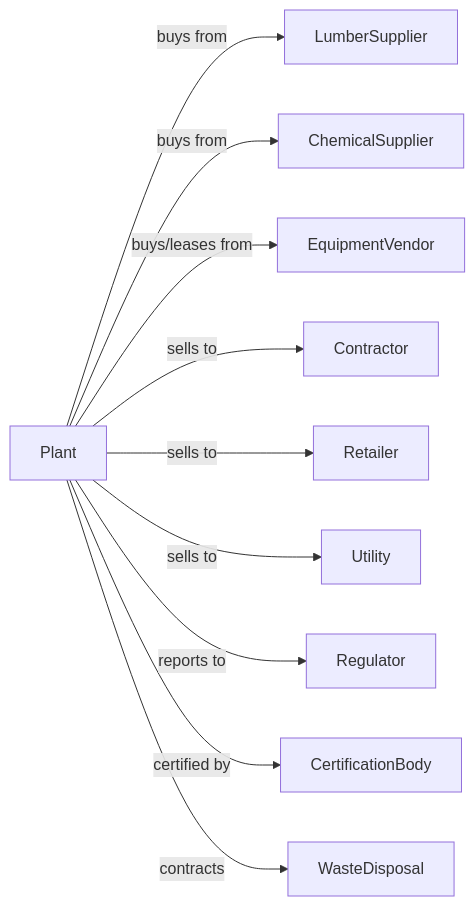
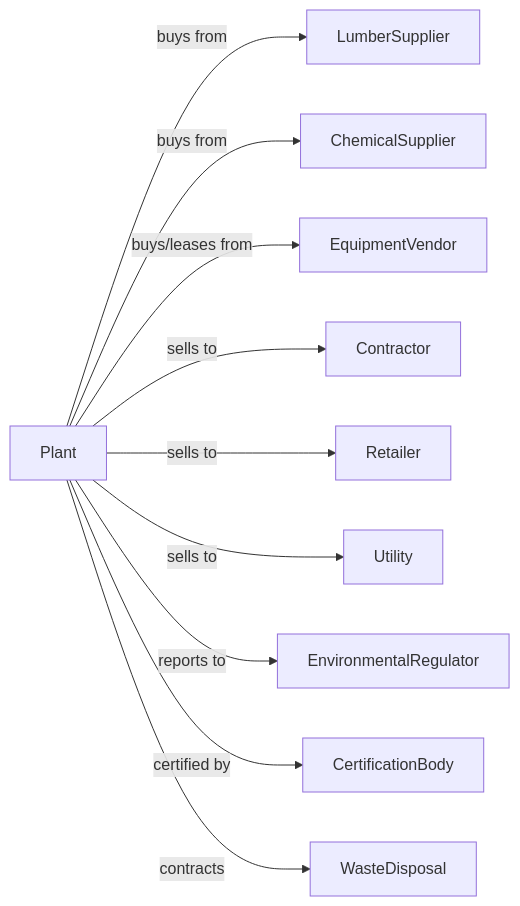
The second of 2 diagrams in Manufacturing/WoodProductManufacturing/SawmillsAndWoodPreservation/WoodPreservation.mdx (dot-org-ai/industries.org.ai), drawn with Mermaid before and after one commit. The commit also changed other lines of this file and 639 other files, not shown here.

````diff
--- a/Manufacturing/WoodProductManufacturing/SawmillsAndWoodPreservation/WoodPreservation.mdx
+++ b/Manufacturing/WoodProductManufacturing/SawmillsAndWoodPreservation/WoodPreservation.mdx
@@ -135,14 +135,14 @@
 ```mermaid
 graph LR
     P[Plant]
 
     P -->|buys from| LumberSupplier
     P -->|buys from| ChemicalSupplier
     P -->|buys/leases from| EquipmentVendor
     P -->|sells to| Contractor
     P -->|sells to| Retailer
     P -->|sells to| Utility
-    P -->|reports to| Regulator
+    P -->|reports to| EnvironmentalRegulator
     P -->|certified by| CertificationBody
     P -->|contracts| WasteDisposal
 ```
````
